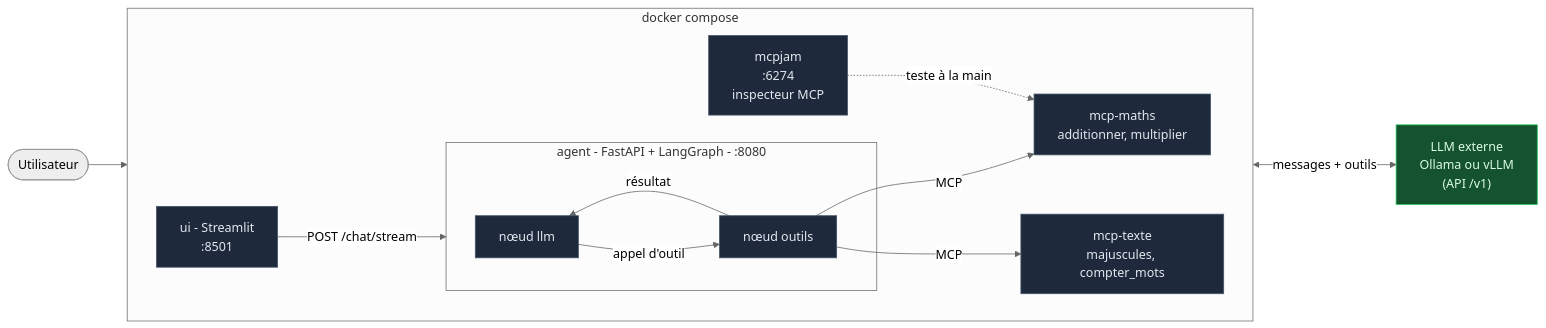
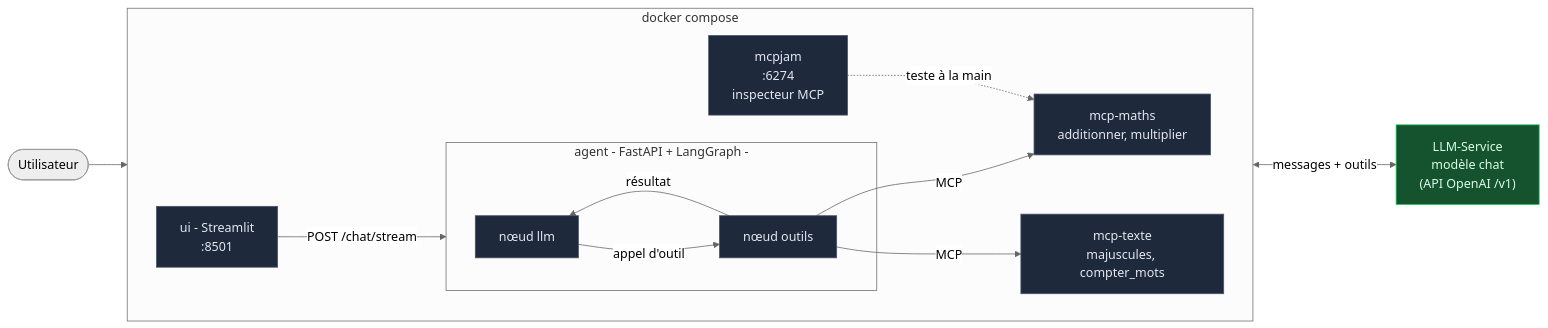
One commit to floSa/MCP-Agent-Test-Bench changed the diagram in README.md. Above: the diagram before and after it, drawn with Mermaid (neutral theme). The commit also changed other lines of this file and 2 other files, not shown here.

Commit message:
Documentation : LLM central LLM-Service (adresse, modèle chat, clé, port agent 8090)

````diff
--- a/README.md
+++ b/README.md
@@ -54,34 +53,34 @@
 ```mermaid
 flowchart LR
     user(["Utilisateur"])
 
     subgraph stack["docker compose"]
         direction LR
         ui["ui - Streamlit<br/>:8501"]
         mcpjam["mcpjam<br/>:6274<br/>inspecteur MCP"]
 
-        subgraph agent["agent - FastAPI + LangGraph - :8080"]
+        subgraph agent["agent - FastAPI + LangGraph - "]
             llm["nœud llm"]
             outils["nœud outils"]
             llm -->|"appel d'outil"| outils
             outils -->|résultat| llm
         end
 
         maths["mcp-maths<br/>additionner, multiplier"]
         texte["mcp-texte<br/>majuscules, compter_mots"]
     end
 
-    ext["LLM externe<br/>Ollama ou vLLM<br/>(API /v1)"]
+    ext["LLM-Service<br/>modèle chat<br/>(API OpenAI /v1)"]
 
     user --> ui
     ui -->|"POST /chat/stream"| agent
     llm <-->|messages + outils| ext
     outils -->|MCP| maths
     outils -->|MCP| texte
     mcpjam -.->|teste à la main| maths
 
     classDef boite fill:#1e293b,stroke:#475569,color:#e2e8f0
     classDef externe fill:#14532d,stroke:#22c55e,color:#dcfce7
     class ui,mcpjam,maths,texte,llm,outils boite
     class ext externe
 ```
````
